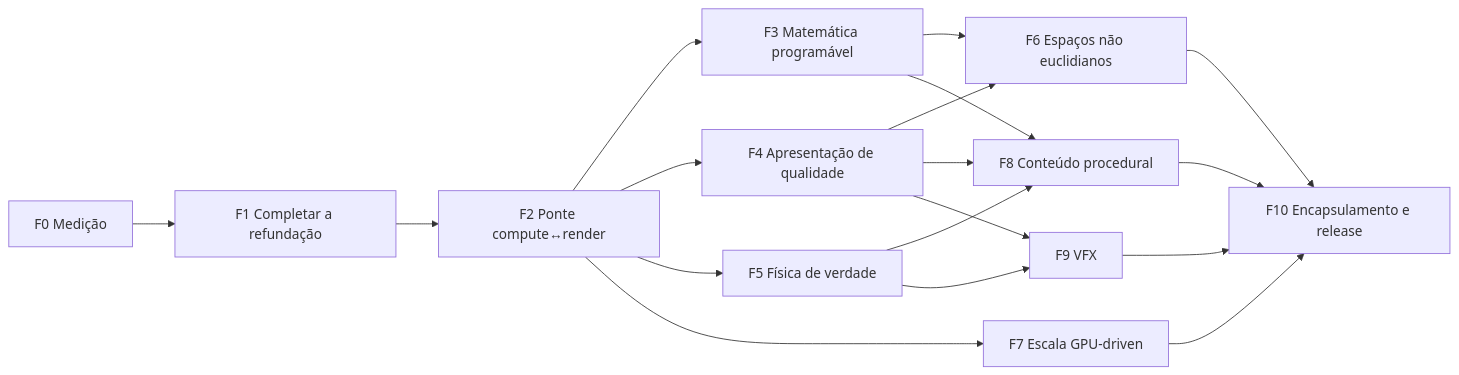
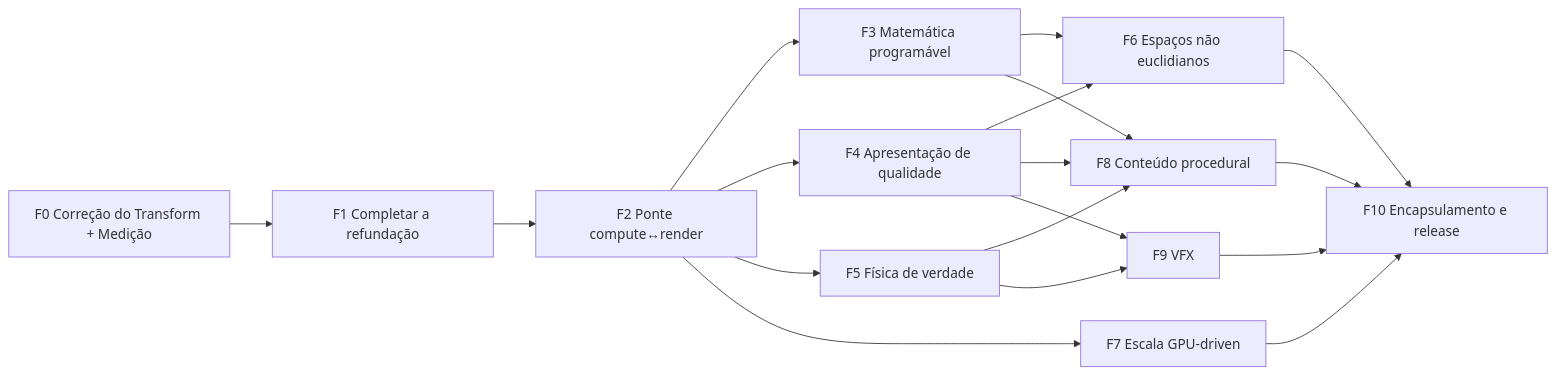
Before and after one commit to dantasgut/clayflow: the second of 2 diagrams in specs/ROADMAP.md, drawn with Mermaid. The commit also changed other lines of this file and 1 other file, not shown here.

First line of the commit message:
docs(roadmap): correção reativa do Transform vira a spec 003, implementada antes da 002

````diff
--- a/specs/ROADMAP.md
+++ b/specs/ROADMAP.md
@@ -197,20 +197,20 @@
 ```mermaid
 graph LR
-  F0[F0 Medição] --> F1[F1 Completar a refundação]
+  F0[F0 Correção do Transform + Medição] --> F1[F1 Completar a refundação]
   F1 --> F2[F2 Ponte compute↔render]
   F2 --> F3[F3 Matemática programável]
   F2 --> F4[F4 Apresentação de qualidade]
   F2 --> F5[F5 Física de verdade]
   F3 --> F6[F6 Espaços não euclidianos]
   F4 --> F6
   F2 --> F7[F7 Escala GPU-driven]
   F3 --> F8[F8 Conteúdo procedural]
   F4 --> F8
   F5 --> F8
   F5 --> F9[F9 VFX]
   F4 --> F9
   F6 --> F10[F10 Encapsulamento e release]
   F7 --> F10
   F8 --> F10
   F9 --> F10
 ```
````
